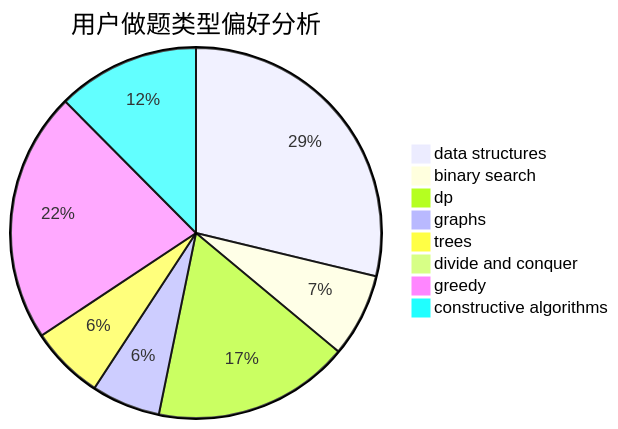
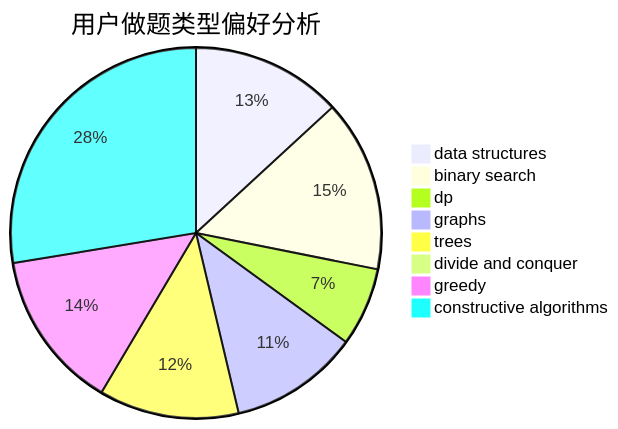
One commit to sherpahu/cfrs.github.io changed the second of 3 diagrams in docs/user/u1699.md. Above: the diagram before and after it, drawn with Mermaid. The commit also changed other lines of this file and 2770 other files, not shown here.

````diff
--- a/docs/user/u1699.md
+++ b/docs/user/u1699.md
@@ -23,11 +23,11 @@
 ```mermaid
 pie title 用户做题类型偏好分析
-    "data structures" :  67
-    "binary search" :  17
-    "dp" :  40
-    "graphs" :  14
-    "trees" :  15
-    "divide and conquer" :  0
-    "greedy" :  51
-    "constructive algorithms" :  29
+    "data structures" :  71
+    "binary search" :  81
+    "dp" :  37
+    "graphs" :  61
+    "trees" :  66
+    "divide and conquer" :  1
+    "greedy" :  75
+    "constructive algorithms" :  149
 ```
````
